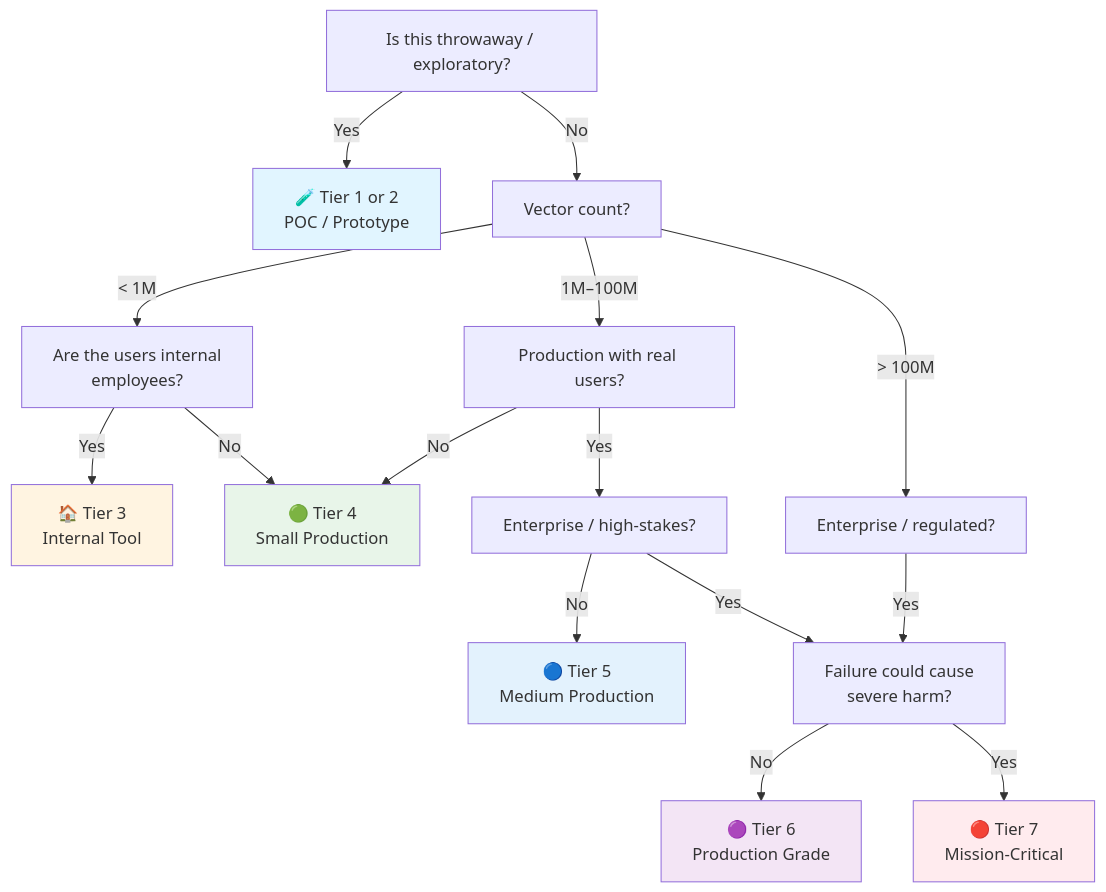
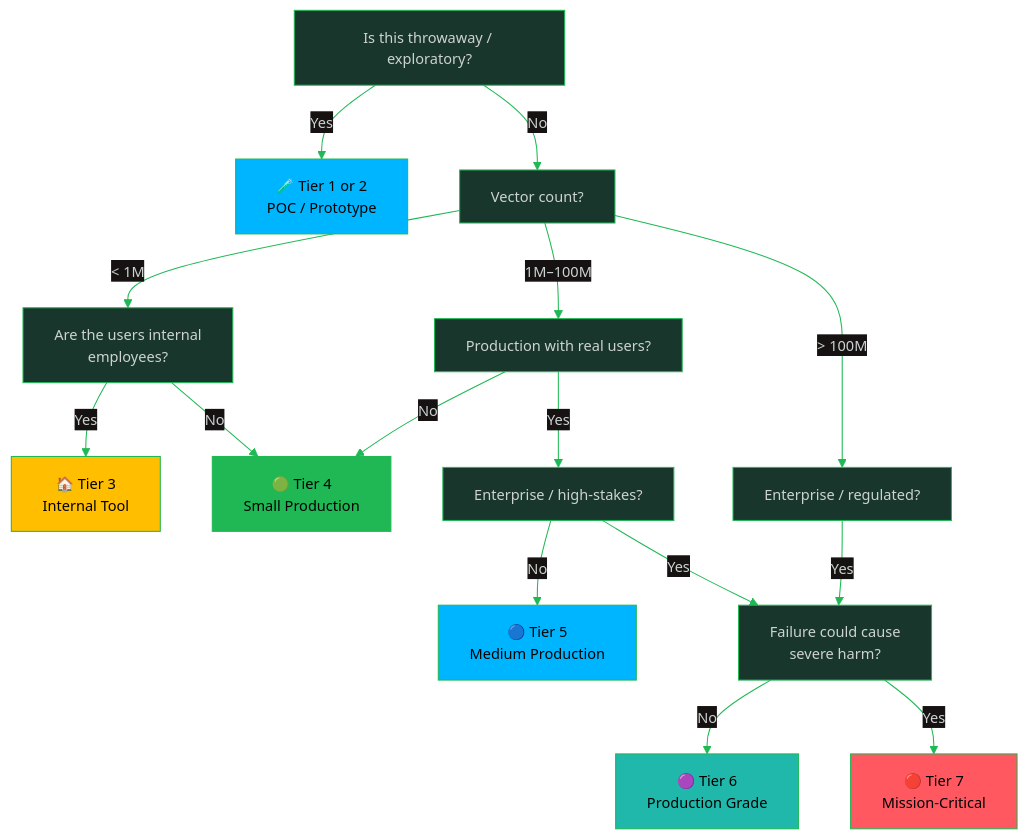
The diagram in checklist/ai-checklist/vector-database.md (oat431/swe-knowledge), drawn with Mermaid before and after one commit. The commit also changed other lines of this file and 83 other files, not shown here.

````diff
--- a/checklist/ai-checklist/vector-database.md
+++ b/checklist/ai-checklist/vector-database.md
@@ -155,24 +155,25 @@
 ```mermaid
+%%{init: {'theme':'base','themeVariables':{'primaryColor':'#19362D','primaryTextColor':'#CDD3D1','primaryBorderColor':'#1FB854','lineColor':'#1FB854','secondaryColor':'#161212','tertiaryColor':'#1B1717','background':'#1B1717','mainBkg':'#19362D','nodeBorder':'#1FB854','clusterBkg':'#161212','clusterBorder':'#19362D','titleColor':'#1FB854','edgeLabelBackground':'#161212','fontSize':'14px'}}}%%
 flowchart TD
     A[Is this throwaway / exploratory?] -->|Yes| T1[🧪 Tier 1 or 2<br/>POC / Prototype]
     A -->|No| B[Vector count?]
     B -->|< 1M| C[Are the users internal<br/>employees?]
     B -->|1M–100M| D[Production with real users?]
     B -->|> 100M| E[Enterprise / regulated?]
     C -->|Yes| T3[🏠 Tier 3<br/>Internal Tool]
     C -->|No| T4[🟢 Tier 4<br/>Small Production]
     D -->|No| T4
     D -->|Yes| F[Enterprise / high-stakes?]
     F -->|No| T5[🔵 Tier 5<br/>Medium Production]
     F -->|Yes| G[Failure could cause<br/>severe harm?]
     E -->|Yes| G
     G -->|No| T6[🟣 Tier 6<br/>Production Grade]
     G -->|Yes| T7[🔴 Tier 7<br/>Mission-Critical]
     
-    style T1 fill:#e1f5ff
-    style T3 fill:#fff4e1
-    style T4 fill:#e8f5e9
-    style T5 fill:#e3f2fd
-    style T6 fill:#f3e5f5
-    style T7 fill:#ffebee
+    style T1 fill:#00B5FF,color:#000000
+    style T3 fill:#FFBE00,color:#000000
+    style T4 fill:#1FB854,color:#000000
+    style T5 fill:#00B5FF,color:#000000
+    style T6 fill:#1FB8AB,color:#000000
+    style T7 fill:#FF5861,color:#000000
 ```
````
